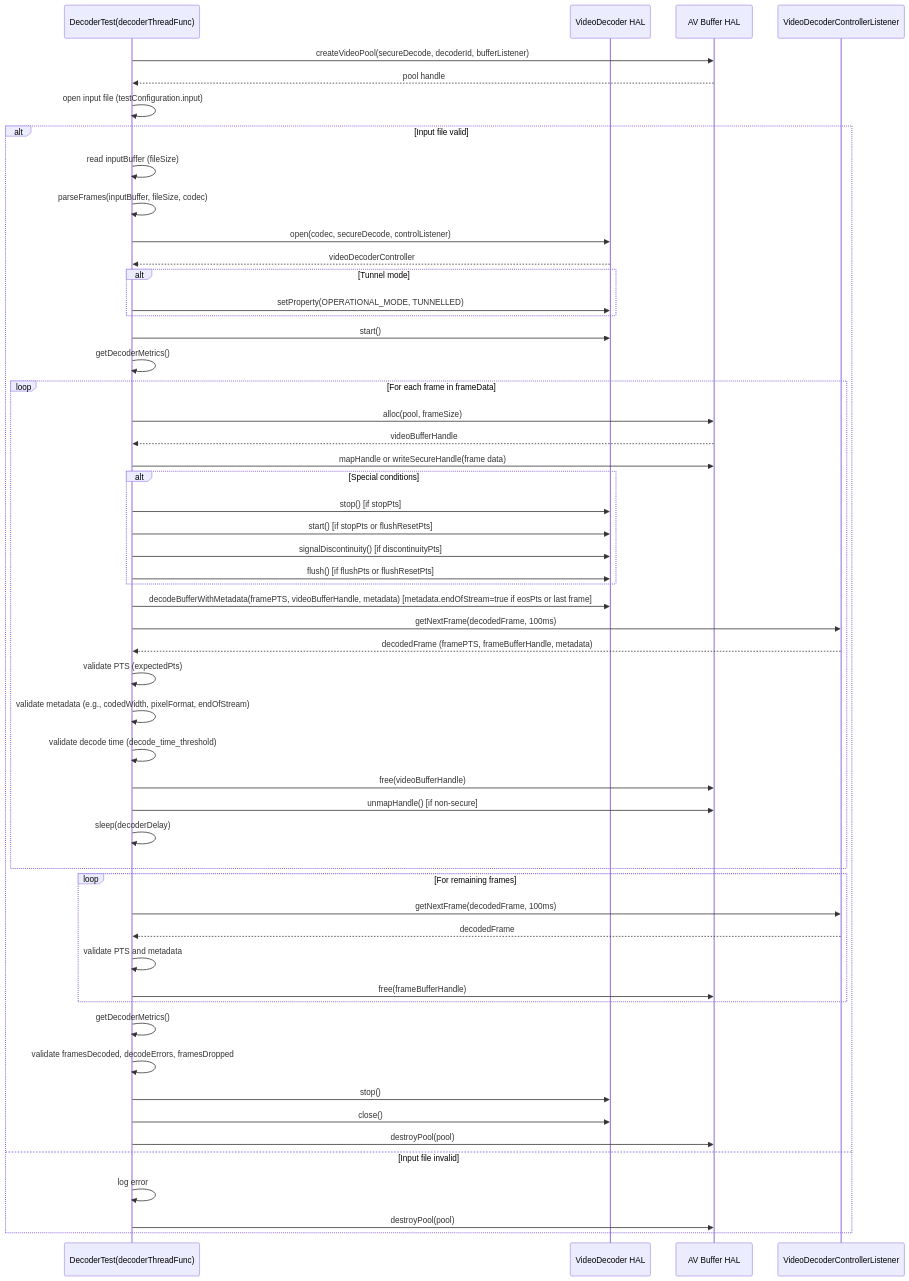
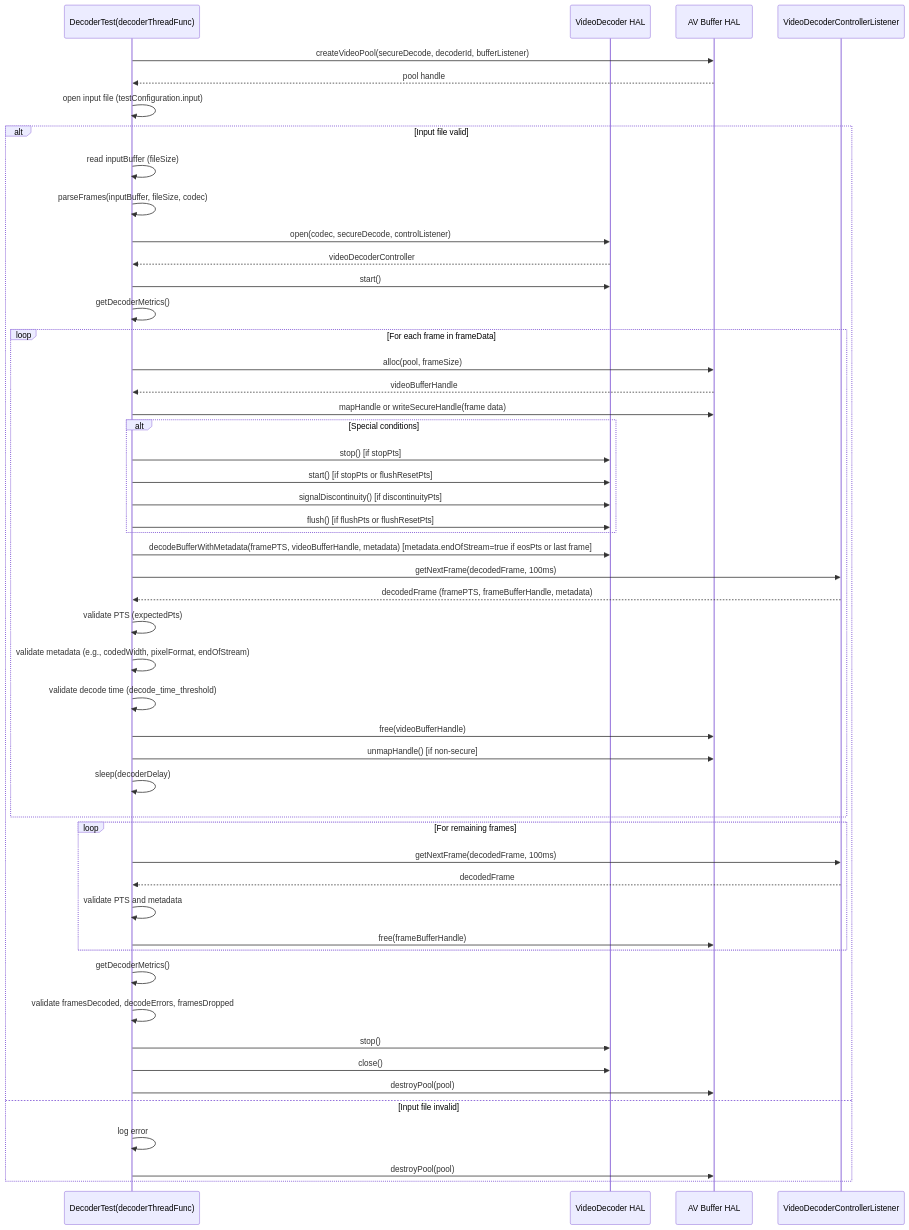
One commit to rdkcentral/rdk-halif-aidl-test-videodecoder changed the sixth of 10 diagrams in docs/pages/VideoDecoder_L3_Low-level_TestSpecification.md. Above: the diagram before and after it, drawn with Mermaid. The commit also changed other lines of this file and 1 other file, not shown here.

````diff
--- a/docs/pages/VideoDecoder_L3_Low-level_TestSpecification.md
+++ b/docs/pages/VideoDecoder_L3_Low-level_TestSpecification.md
@@ -392,57 +392,54 @@
 ```mermaid
 
 sequenceDiagram
   participant rundecoder as DecoderTest(decoderThreadFunc)
   participant VideoDecoder_HAL as VideoDecoder HAL
   participant AVBuffer_HAL as AV Buffer HAL
   participant ControllerListener as VideoDecoderControllerListener
 
   rundecoder->>AVBuffer_HAL: createVideoPool(secureDecode, decoderId, bufferListener)
   AVBuffer_HAL-->>rundecoder: pool handle
   rundecoder->>rundecoder: open input file (testConfiguration.input)
   alt Input file valid
     rundecoder->>rundecoder: read inputBuffer (fileSize)
     rundecoder->>rundecoder: parseFrames(inputBuffer, fileSize, codec)
     rundecoder->>VideoDecoder_HAL: open(codec, secureDecode, controlListener)
     VideoDecoder_HAL-->>rundecoder: videoDecoderController
-    alt Tunnel mode
-      rundecoder->>VideoDecoder_HAL: setProperty(OPERATIONAL_MODE, TUNNELLED)
-    end
     rundecoder->>VideoDecoder_HAL: start()
     rundecoder->>rundecoder: getDecoderMetrics()
     loop For each frame in frameData
       rundecoder->>AVBuffer_HAL: alloc(pool, frameSize)
       AVBuffer_HAL-->>rundecoder: videoBufferHandle
       rundecoder->>AVBuffer_HAL: mapHandle or writeSecureHandle(frame data)
       alt Special conditions
         rundecoder->>VideoDecoder_HAL: stop() [if stopPts]
         rundecoder->>VideoDecoder_HAL: start() [if stopPts or flushResetPts]
         rundecoder->>VideoDecoder_HAL: signalDiscontinuity() [if discontinuityPts]
         rundecoder->>VideoDecoder_HAL: flush() [if flushPts or flushResetPts]
       end
       rundecoder->>VideoDecoder_HAL: decodeBufferWithMetadata(framePTS, videoBufferHandle, metadata) [metadata.endOfStream=true if eosPts or last frame]
       rundecoder->>ControllerListener: getNextFrame(decodedFrame, 100ms)
       ControllerListener-->>rundecoder: decodedFrame (framePTS, frameBufferHandle, metadata)
       rundecoder->>rundecoder: validate PTS (expectedPts)
       rundecoder->>rundecoder: validate metadata (e.g., codedWidth, pixelFormat, endOfStream)
       rundecoder->>rundecoder: validate decode time (decode_time_threshold)
       rundecoder->>AVBuffer_HAL: free(videoBufferHandle)
       rundecoder->>AVBuffer_HAL: unmapHandle() [if non-secure]
       rundecoder->>rundecoder: sleep(decoderDelay)
     end
     loop For remaining frames
       rundecoder->>ControllerListener: getNextFrame(decodedFrame, 100ms)
       ControllerListener-->>rundecoder: decodedFrame
       rundecoder->>rundecoder: validate PTS and metadata
       rundecoder->>AVBuffer_HAL: free(frameBufferHandle)
     end
     rundecoder->>rundecoder: getDecoderMetrics()
     rundecoder->>rundecoder: validate framesDecoded, decodeErrors, framesDropped
     rundecoder->>VideoDecoder_HAL: stop()
     rundecoder->>VideoDecoder_HAL: close()
     rundecoder->>AVBuffer_HAL: destroyPool(pool)
   else Input file invalid
     rundecoder->>rundecoder: log error
     rundecoder->>AVBuffer_HAL: destroyPool(pool)
   end
 ```
````
